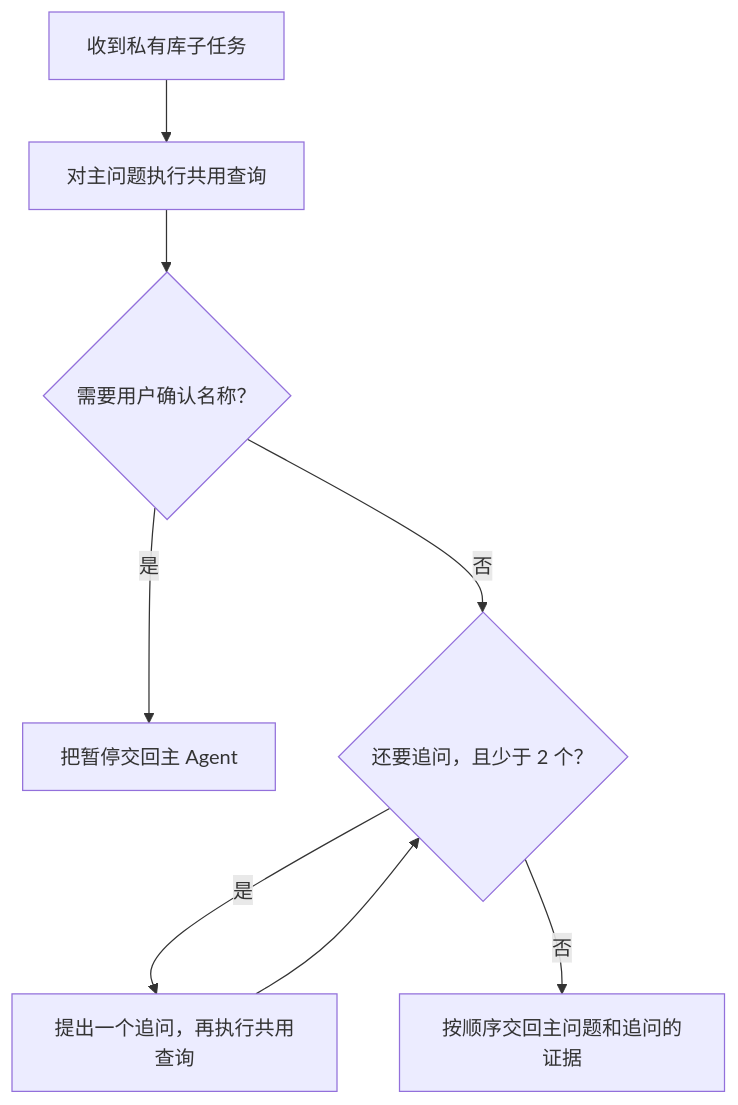
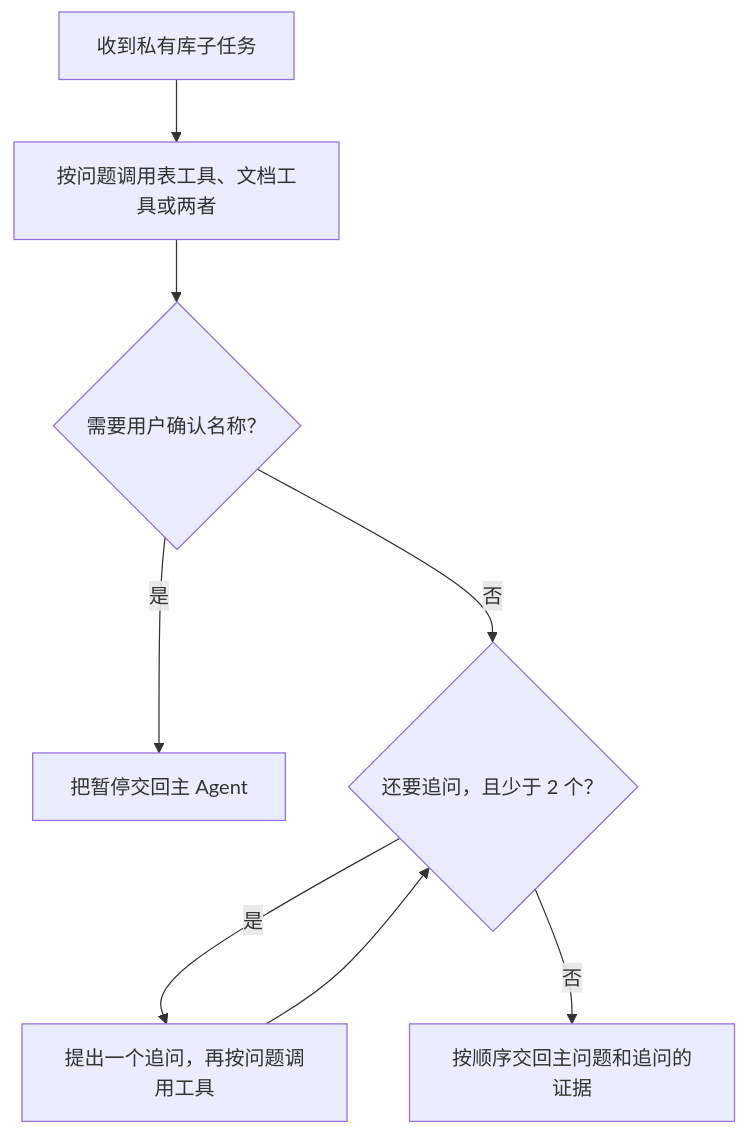
The fourth of 5 diagrams in docs/design.md (ava560/zhanggui-zhiku-practice), drawn with Mermaid before and after one commit. The commit also changed other lines of this file and 36 other files, not shown here.

````diff
--- a/docs/design.md
+++ b/docs/design.md
@@ -216,10 +230,10 @@
 ```mermaid
 flowchart TD
-    inP["收到私有库子任务"] --> q0["对主问题执行共用查询"]
+    inP["收到私有库子任务"] --> q0["按问题调用表工具、文档工具或两者"]
     q0 --> wait{"需要用户确认名称？"}
     wait -->|是| back["把暂停交回主 Agent"]
     wait -->|否| need{"还要追问，且少于 2 个？"}
-    need -->|是| follow["提出一个追问，再执行共用查询"]
+    need -->|是| follow["提出一个追问，再按问题调用工具"]
     follow --> need
     need -->|否| packP["按顺序交回主问题和追问的证据"]
 ```
````
